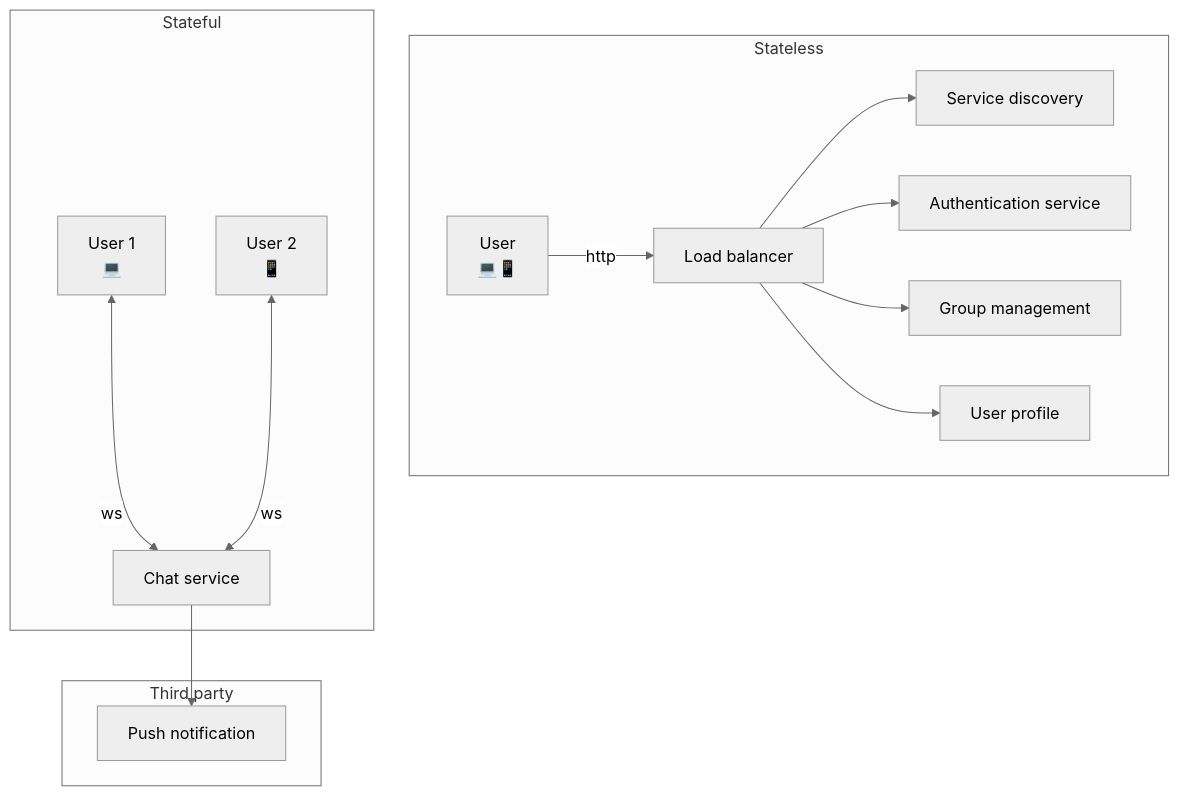
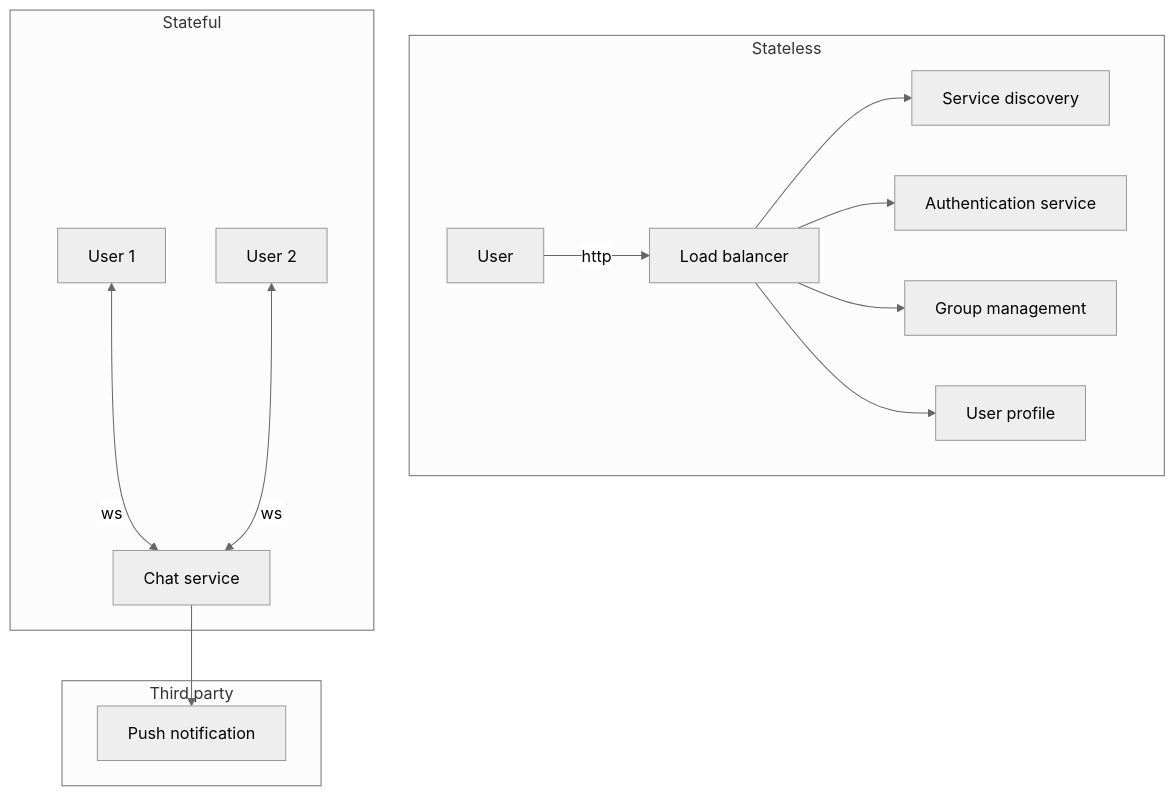
One commit to NalinDalal/system-design changed the seventh of 18 diagrams in 1.ChatApp.md. Above: the diagram before and after it, drawn with Mermaid (neutral theme). The commit also changed other lines of this file, not shown here.

Commit message:
chat app design

````diff
--- a/1.ChatApp.md
+++ b/1.ChatApp.md
@@ -158,21 +150,21 @@
 ```mermaid
 flowchart TB
     subgraph Stateless
-        U[User\n💻📱] -->|http| LB[Load balancer]
+        U[User] -->|http| LB[Load balancer]
         LB --> SD[Service discovery]
         LB --> AS[Authentication service]
         LB --> GM[Group management]
         LB --> UP[User profile]
     end
 
     subgraph Stateful
-        U1[User 1\n💻] <-->|ws| CS[Chat service]
-        U2[User 2\n📱] <-->|ws| CS
+        U1[User 1] <-->|ws| CS[Chat service]
+        U2[User 2] <-->|ws| CS
     end
 
     subgraph Third_party[Third party]
         PN[Push notification]
     end
 
     CS --> PN
 ```
````
